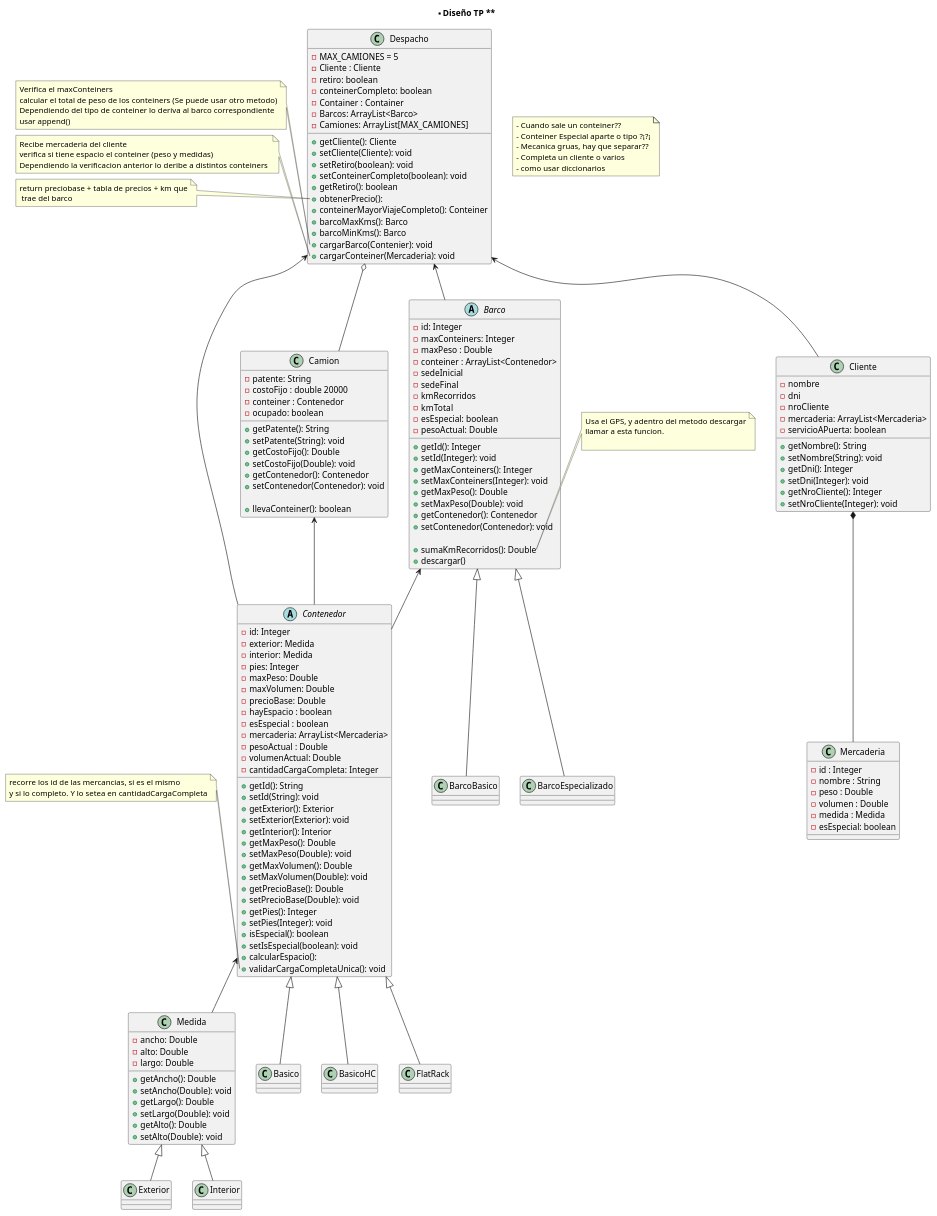
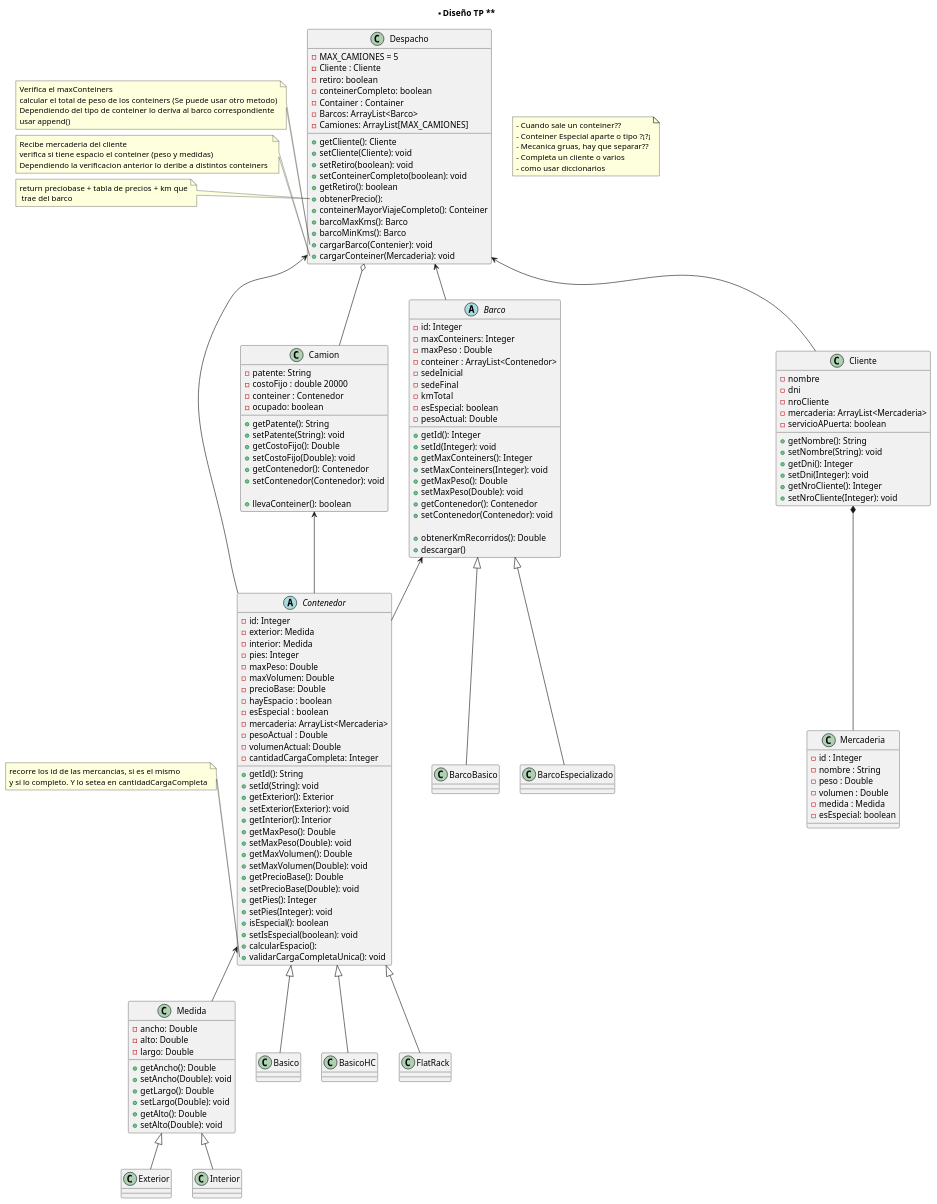
The diagram in Diagrama/TP-Containers.puml (LMontes94/TP-Containers), drawn with PlantUML before and after one commit. The commit also changed 3 other files, not shown here.

```diff
--- a/Diagrama/TP-Containers.puml
+++ b/Diagrama/TP-Containers.puml
@@ -9,7 +9,6 @@
    - conteiner : ArrayList<Contenedor>
    - sedeInicial
    - sedeFinal 
-   - kmRecorridos 
    - kmTotal
    - esEspecial: boolean 
    - pesoActual: Double 
@@ -23,7 +22,7 @@
    + getContenedor(): Contenedor
    + setContenedor(Contenedor): void
    
-   + sumaKmRecorridos(): Double 
+   + obtenerKmRecorridos(): Double 
    + descargar()
 
 }
```
